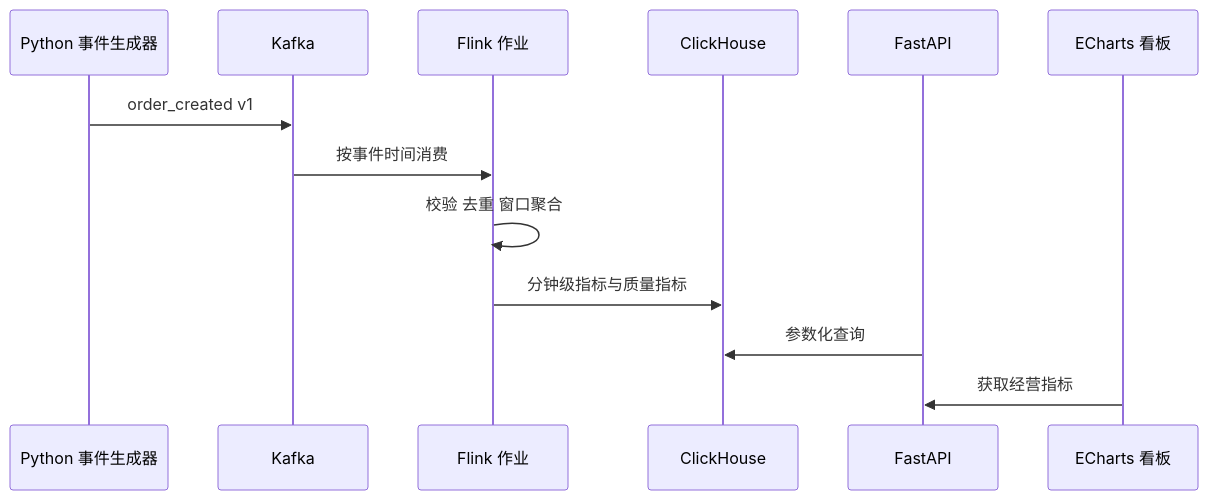
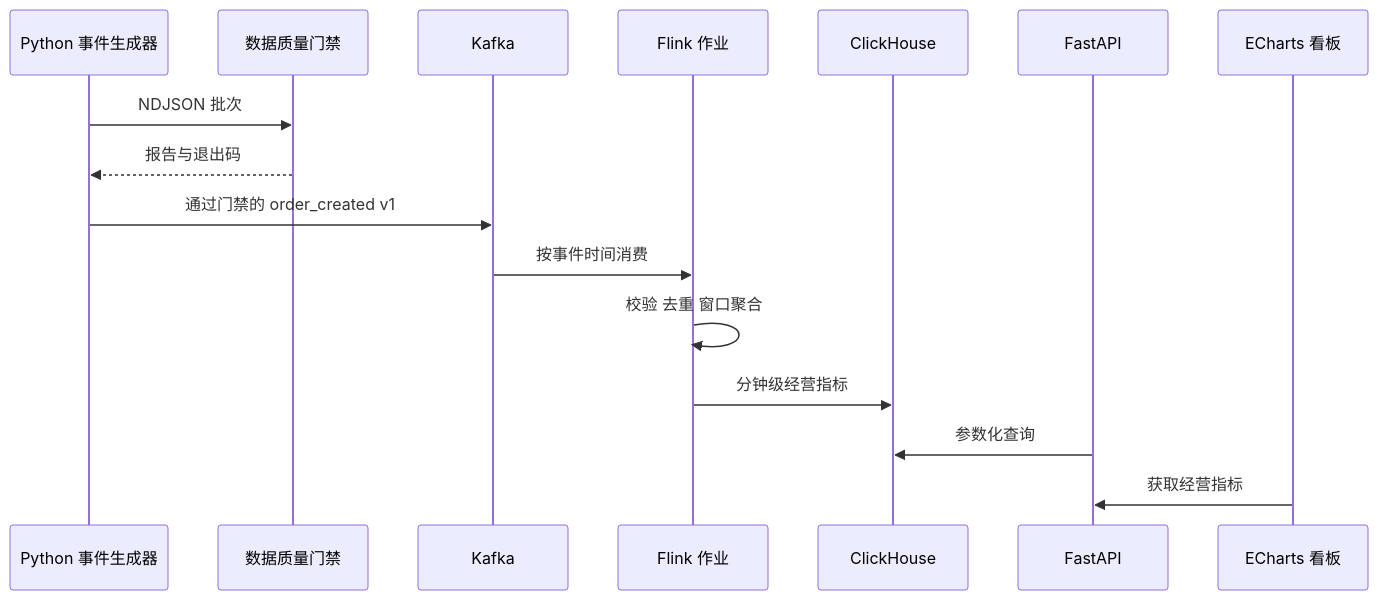
One commit to ZliY221/Real-time-data-warehouse-and-business-analysis-platform-for-e-commerce changed the diagram in docs/architecture.md. Above: the diagram before and after it, drawn with Mermaid. The commit also changed other lines of this file and 15 other files, not shown here.

````diff
--- a/docs/architecture.md
+++ b/docs/architecture.md
@@ -9,16 +9,19 @@
 ```mermaid
 sequenceDiagram
     participant Generator as Python 事件生成器
+    participant Quality as 数据质量门禁
     participant Kafka as Kafka
     participant Flink as Flink 作业
     participant Store as ClickHouse
     participant API as FastAPI
     participant Dashboard as ECharts 看板
 
-    Generator->>Kafka: order_created v1
+    Generator->>Quality: NDJSON 批次
+    Quality-->>Generator: 报告与退出码
+    Generator->>Kafka: 通过门禁的 order_created v1
     Kafka->>Flink: 按事件时间消费
     Flink->>Flink: 校验 去重 窗口聚合
-    Flink->>Store: 分钟级指标与质量指标
+    Flink->>Store: 分钟级经营指标
     API->>Store: 参数化查询
     Dashboard->>API: 获取经营指标
 ```
````
